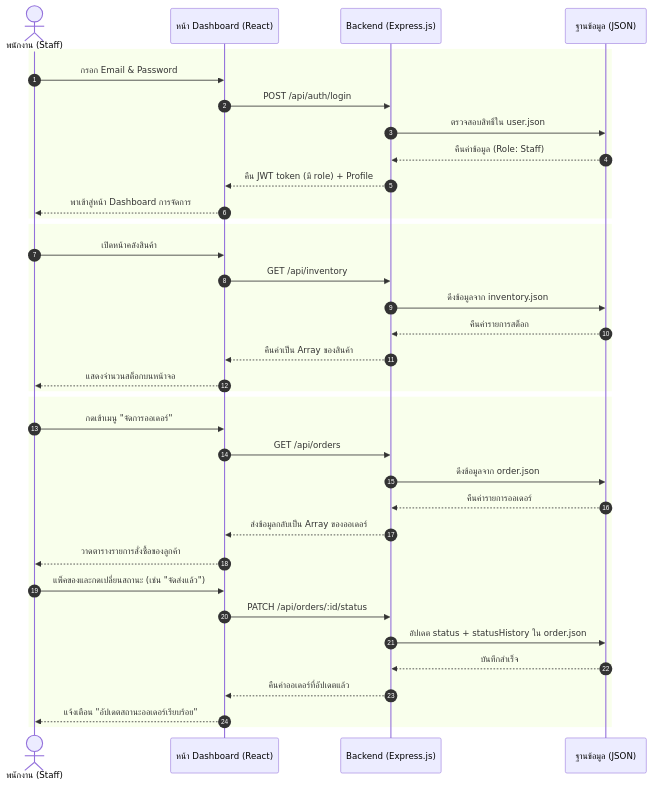
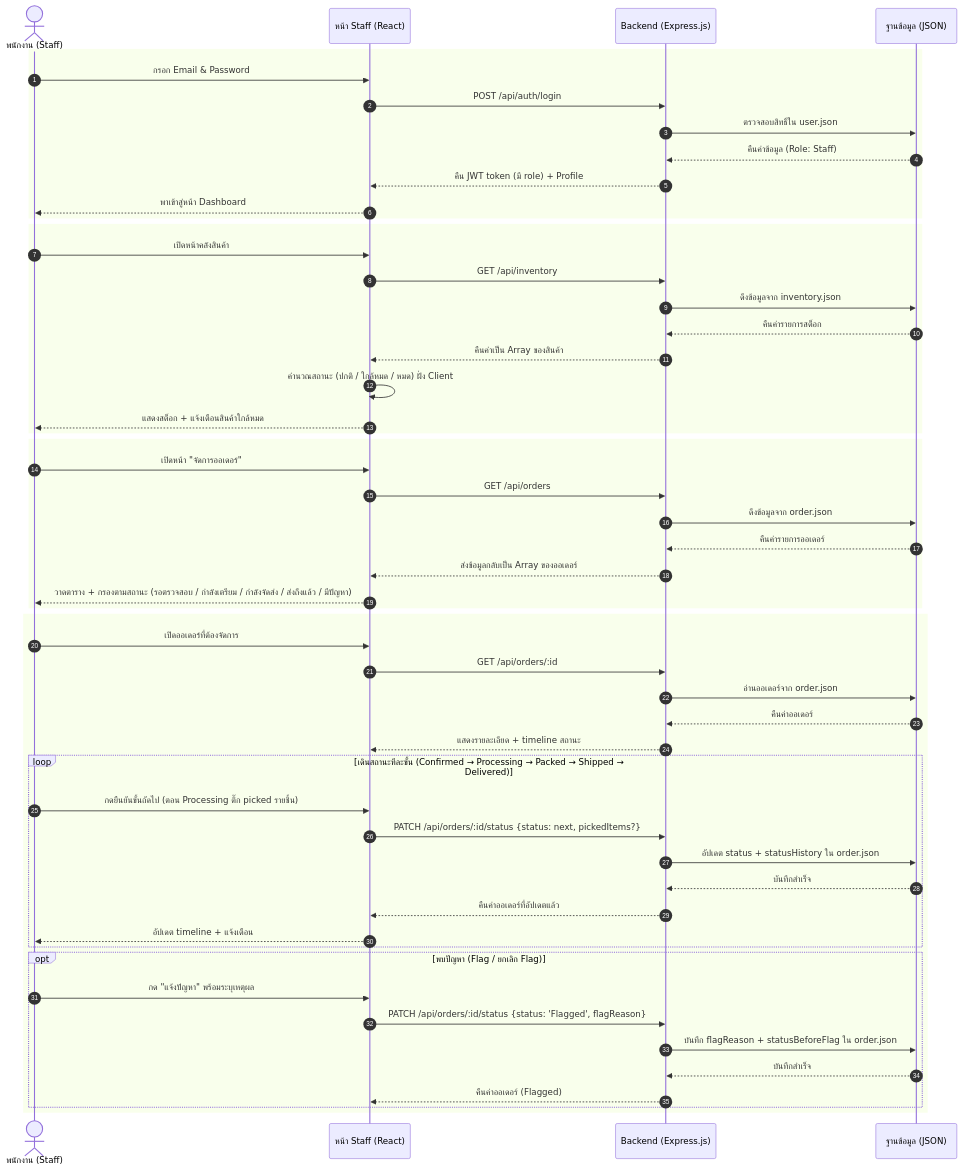
The fourth of 6 diagrams in README.md (KumPong/petshop), drawn with Mermaid before and after one commit.

Commit message:
fix: update staff dashboard flow and order management process in sequence diagrams

````diff
--- a/README.md
+++ b/README.md
@@ -520,44 +520,65 @@
 ```mermaid
     sequenceDiagram
     autoNumber
     actor Staff as พนักงาน (Staff)
-    participant UI as หน้า Dashboard (React)
+    participant UI as หน้า Staff (React)
     participant API as Backend (Express.js)
     participant DB as ฐานข้อมูล (JSON)
 
     %% เฟส 1: การเข้าสู่ระบบ (Staff Login)
     rect
         Staff->>UI: กรอก Email & Password
         UI->>API: POST /api/auth/login
         API->>DB: ตรวจสอบสิทธิ์ใน user.json
         DB-->>API: คืนค่าข้อมูล (Role: Staff)
         API-->>UI: คืน JWT token (มี role) + Profile
-        UI-->>Staff: พาเข้าสู่หน้า Dashboard การจัดการ
+        UI-->>Staff: พาเข้าสู่หน้า Dashboard
     end
 
-    %% เฟส 2: ตรวจสอบและอัปเดตสต็อก (Manage Inventory)
+    %% เฟส 2: ติดตามสต็อก (อ่านอย่างเดียว — Staff ปรับสต็อกเองไม่ได้)
     rect
         Staff->>UI: เปิดหน้าคลังสินค้า
         UI->>API: GET /api/inventory
         API->>DB: ดึงข้อมูลจาก inventory.json
         DB-->>API: คืนค่ารายการสต็อก
         API-->>UI: คืนค่าเป็น Array ของสินค้า
-        UI-->>Staff: แสดงจำนวนสต็อกบนหน้าจอ
+        UI->>UI: คำนวณสถานะ (ปกติ / ใกล้หมด / หมด) ฝั่ง Client
+        UI-->>Staff: แสดงสต็อก + แจ้งเตือนสินค้าใกล้หมด
     end
 
-    %% เฟส 3: อัปเดตสถานะคำสั่งซื้อ (Update Order Status)
+    %% เฟส 3: ดูรายการคำสั่งซื้อ (Order list)
     rect
-        Staff->>UI: กดเข้าเมนู "จัดการออเดอร์"
+        Staff->>UI: เปิดหน้า "จัดการออเดอร์"
         UI->>API: GET /api/orders
         API->>DB: ดึงข้อมูลจาก order.json
         DB-->>API: คืนค่ารายการออเดอร์
         API-->>UI: ส่งข้อมูลกลับเป็น Array ของออเดอร์
-        UI-->>Staff: วาดตารางรายการสั่งซื้อของลูกค้า
-        Staff->>UI: แพ็คของและกดเปลี่ยนสถานะ (เช่น "จัดส่งแล้ว")
-        UI->>API: PATCH /api/orders/:id/status
-        API->>DB: อัปเดต status + statusHistory ใน order.json
-        DB-->>API: บันทึกสำเร็จ
-        API-->>UI: คืนค่าออเดอร์ที่อัปเดตแล้ว
-        UI-->>Staff: แจ้งเตือน "อัปเดตสถานะออเดอร์เรียบร้อย"
+        UI-->>Staff: วาดตาราง + กรองตามสถานะ (รอตรวจสอบ / กำลังเตรียม / กำลังจัดส่ง / ส่งถึงแล้ว / มีปัญหา)
+    end
+
+    %% เฟส 4: ดำเนินการออเดอร์ทีละขั้น (Order verify)
+    rect
+        Staff->>UI: เปิดออเดอร์ที่ต้องจัดการ
+        UI->>API: GET /api/orders/:id
+        API->>DB: อ่านออเดอร์จาก order.json
+        DB-->>API: คืนค่าออเดอร์
+        API-->>UI: แสดงรายละเอียด + timeline สถานะ
+
+        loop เดินสถานะทีละขั้น (Confirmed → Processing → Packed → Shipped → Delivered)
+            Staff->>UI: กดยืนยันขั้นถัดไป (ตอน Processing ติ๊ก picked รายชิ้น)
+            UI->>API: PATCH /api/orders/:id/status {status: next, pickedItems?}
+            API->>DB: อัปเดต status + statusHistory ใน order.json
+            DB-->>API: บันทึกสำเร็จ
+            API-->>UI: คืนค่าออเดอร์ที่อัปเดตแล้ว
+            UI-->>Staff: อัปเดต timeline + แจ้งเตือน
+        end
+
+        opt พบปัญหา (Flag / ยกเลิก Flag)
+            Staff->>UI: กด "แจ้งปัญหา" พร้อมระบุเหตุผล
+            UI->>API: PATCH /api/orders/:id/status {status: 'Flagged', flagReason}
+            API->>DB: บันทึก flagReason + statusBeforeFlag ใน order.json
+            DB-->>API: บันทึกสำเร็จ
+            API-->>UI: คืนค่าออเดอร์ (Flagged)
+        end
     end
 ```
````
